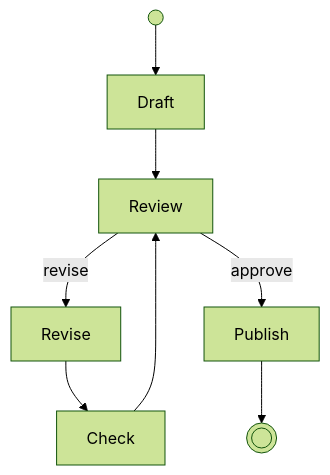
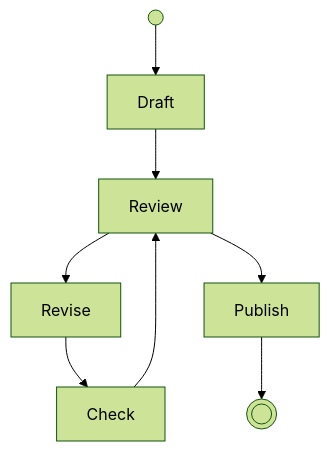
Before and after one commit to m2ux/prosiform: the diagram in evals/diagram-following/workflows/looping/linked/workflow.md, drawn with Mermaid (forest theme). The commit also changed other lines of this file and 16 other files, not shown here.

````diff
--- a/evals/diagram-following/workflows/looping/linked/workflow.md
+++ b/evals/diagram-following/workflows/looping/linked/workflow.md
@@ -5,15 +5,15 @@
 ```mermaid
 flowchart TD
     start(( )) --> Draft
     Draft --> Review
-    Review -->|revise| Revise
-    Review -->|approve| Publish
+    Review --> Revise
+    Review --> Publish
     Revise --> Check
     Check --> Review
     Publish --> stop((( )))
 
     click Draft href "states/draft.md"
     click Review href "states/review.md"
     click Revise href "states/revise.md"
     click Publish href "states/publish.md"
 ```
````
